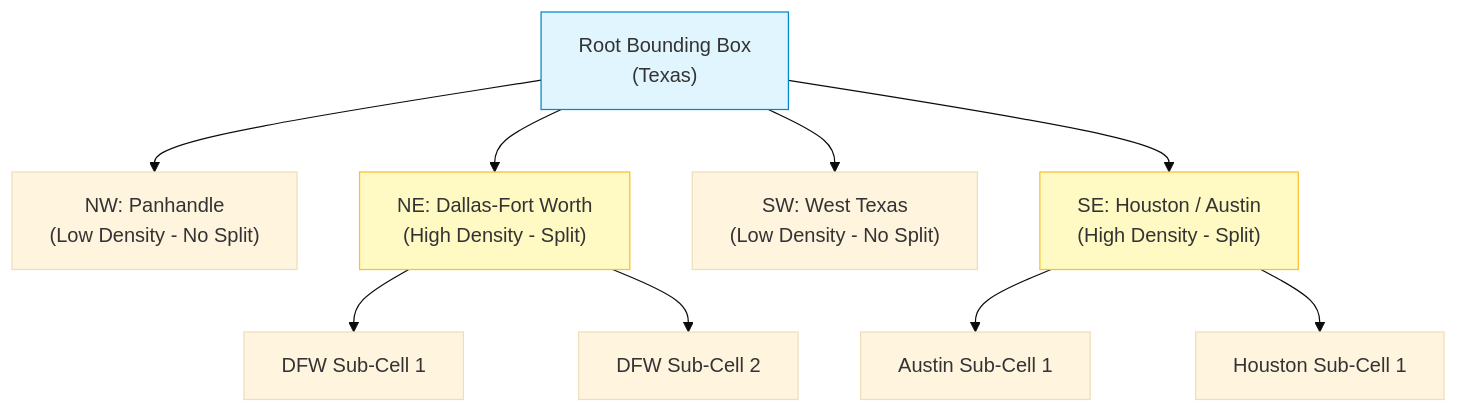
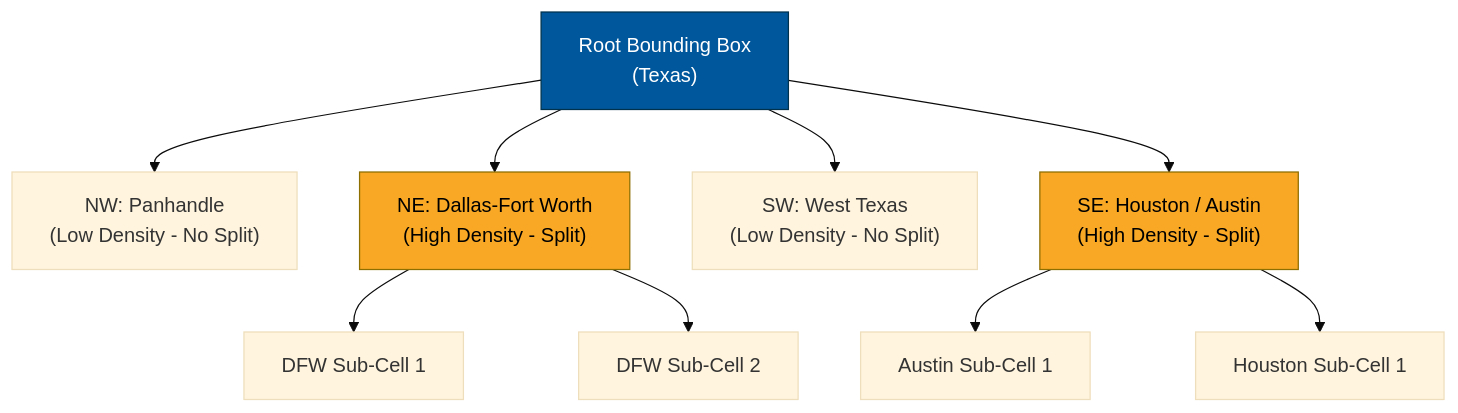
One commit to riyaz-pasha/Learnings changed the sixth of 20 diagrams in system-design/HLD/0-course/28-Design Google Maps-FAANG-Guide-story.md. Above: the diagram before and after it, drawn with Mermaid (base theme). The commit also changed other lines of this file and 1 other file, not shown here.

First line of the commit message:
[HLD] Make Google Maps guide mermaid diagram colors theme-safe

````diff
--- a/system-design/HLD/0-course/28-Design Google Maps-FAANG-Guide-story.md
+++ b/system-design/HLD/0-course/28-Design Google Maps-FAANG-Guide-story.md
@@ -395,16 +395,16 @@
 ```mermaid
 flowchart TD
     Root["Root Bounding Box<br/>(Texas)"] --> Q1["NW: Panhandle<br/>(Low Density - No Split)"]
     Root --> Q2["NE: Dallas-Fort Worth<br/>(High Density - Split)"]
     Root --> Q3["SW: West Texas<br/>(Low Density - No Split)"]
     Root --> Q4["SE: Houston / Austin<br/>(High Density - Split)"]
 
     Q2 --> Q2_1["DFW Sub-Cell 1"]
     Q2 --> Q2_2["DFW Sub-Cell 2"]
     Q4 --> Q4_1["Austin Sub-Cell 1"]
     Q4 --> Q4_2["Houston Sub-Cell 1"]
 
-    style Root fill:#e1f5fe,stroke:#0288d1
-    style Q2 fill:#fff9c4,stroke:#fbc02d
-    style Q4 fill:#fff9c4,stroke:#fbc02d
+    style Root fill:#01579b,stroke:#00324d,color:#ffffff
+    style Q2 fill:#f9a825,stroke:#8d6e00,color:#000000
+    style Q4 fill:#f9a825,stroke:#8d6e00,color:#000000
 ```
````
